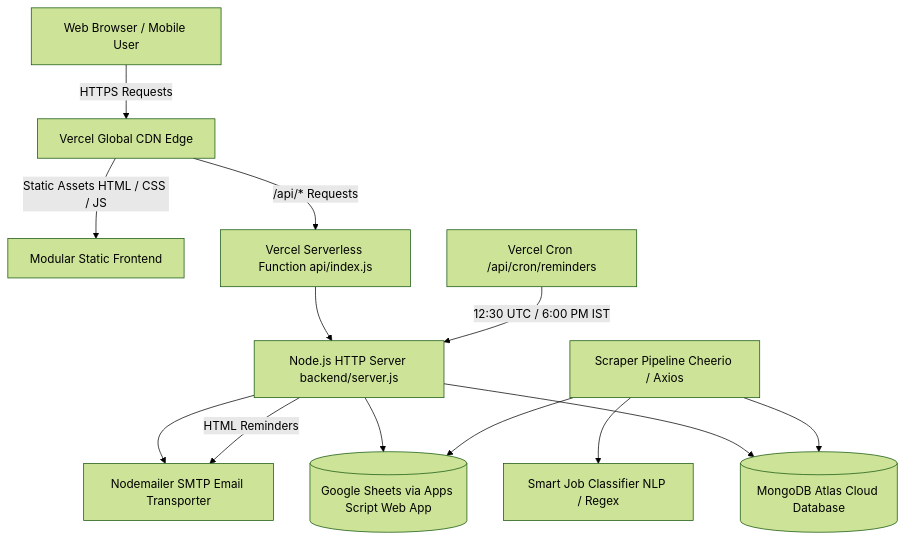
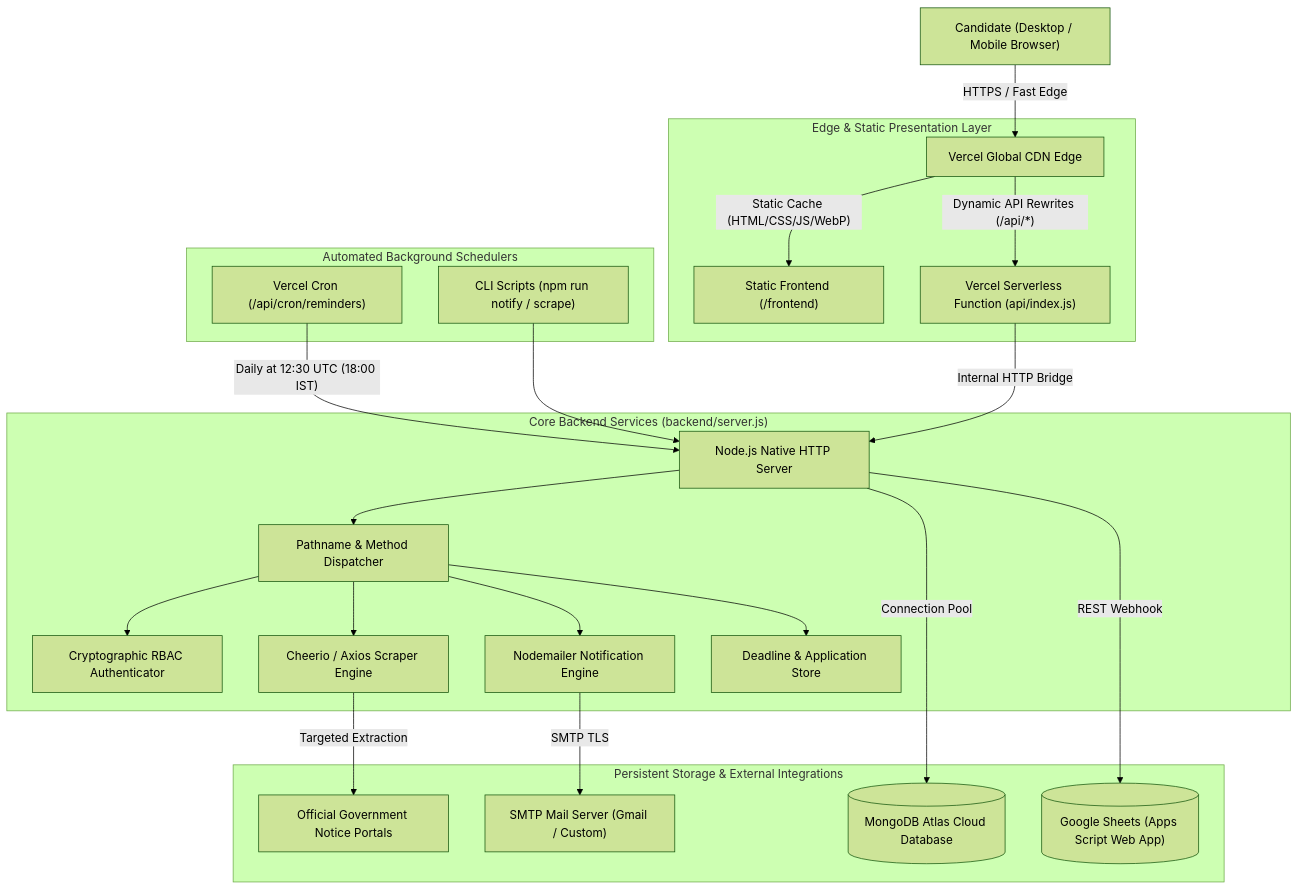
Before and after one commit to Inscrutable21/Sarkari_Result: the first of 4 diagrams in README.md, drawn with Mermaid (forest theme). The commit also changed other lines of this file, not shown here.

````diff
--- a/README.md
+++ b/README.md
@@ -122,18 +111,30 @@
 ```mermaid
 graph TD
-    Client[Web Browser / Mobile User] -->|HTTPS Requests| VercelEdge[Vercel Global CDN Edge]
-    VercelEdge -->|Static Assets HTML / CSS / JS| Frontend[Modular Static Frontend]
-    VercelEdge -->|/api/* Requests| Serverless[Vercel Serverless Function api/index.js]
-    Serverless --> Backend[Node.js HTTP Server backend/server.js]
+    UserClient["Candidate (Desktop / Mobile Browser)"] -->|"HTTPS / Fast Edge"| VercelEdge["Vercel Global CDN Edge"]
     
-    Backend --> MongoDB[(MongoDB Atlas Cloud Database)]
-    Backend --> GoogleSheets[(Google Sheets via Apps Script Web App)]
-    Backend --> SMTP[Nodemailer SMTP Email Transporter]
-    
-    Scraper[Scraper Pipeline Cheerio / Axios] --> MongoDB
-    Scraper --> GoogleSheets
-    Scraper --> Classifier[Smart Job Classifier NLP / Regex]
-    
-    Cron[Vercel Cron /api/cron/reminders] -->|12:30 UTC / 6:00 PM IST| Backend
-    Backend -->|HTML Reminders| SMTP
+    subgraph "Edge & Static Presentation Layer"
+        VercelEdge -->|"Static Cache (HTML/CSS/JS/WebP)"| StaticAssets["Static Frontend (/frontend)"]
+        VercelEdge -->|"Dynamic API Rewrites (/api/*)"| ServerlessGateway["Vercel Serverless Function (api/index.js)"]
+    end
+
+    subgraph "Core Backend Services (backend/server.js)"
+        ServerlessGateway -->|"Internal HTTP Bridge"| NodeServer["Node.js Native HTTP Server"]
+        NodeServer --> Router["Pathname & Method Dispatcher"]
+        Router --> AuthModule["Cryptographic RBAC Authenticator"]
+        Router --> ScraperModule["Cheerio / Axios Scraper Engine"]
+        Router --> NotifyModule["Nodemailer Notification Engine"]
+        Router --> TrackerModule["Deadline & Application Store"]
+    end
+
+    subgraph "Persistent Storage & External Integrations"
+        NodeServer -->|"Connection Pool"| MongoDB[("MongoDB Atlas Cloud Database")]
+        NodeServer -->|"REST Webhook"| GoogleSheets[("Google Sheets (Apps Script Web App)")]
+        NotifyModule -->|"SMTP TLS"| EmailRelay["SMTP Mail Server (Gmail / Custom)"]
+        ScraperModule -->|"Targeted Extraction"| ExternalGovPortals["Official Government Notice Portals"]
+    end
+
+    subgraph "Automated Background Schedulers"
+        VercelCron["Vercel Cron (/api/cron/reminders)"] -->|"Daily at 12:30 UTC (18:00 IST)"| NodeServer
+        LocalCLI["CLI Scripts (npm run notify / scrape)"] --> NodeServer
+    end
 ```
````
